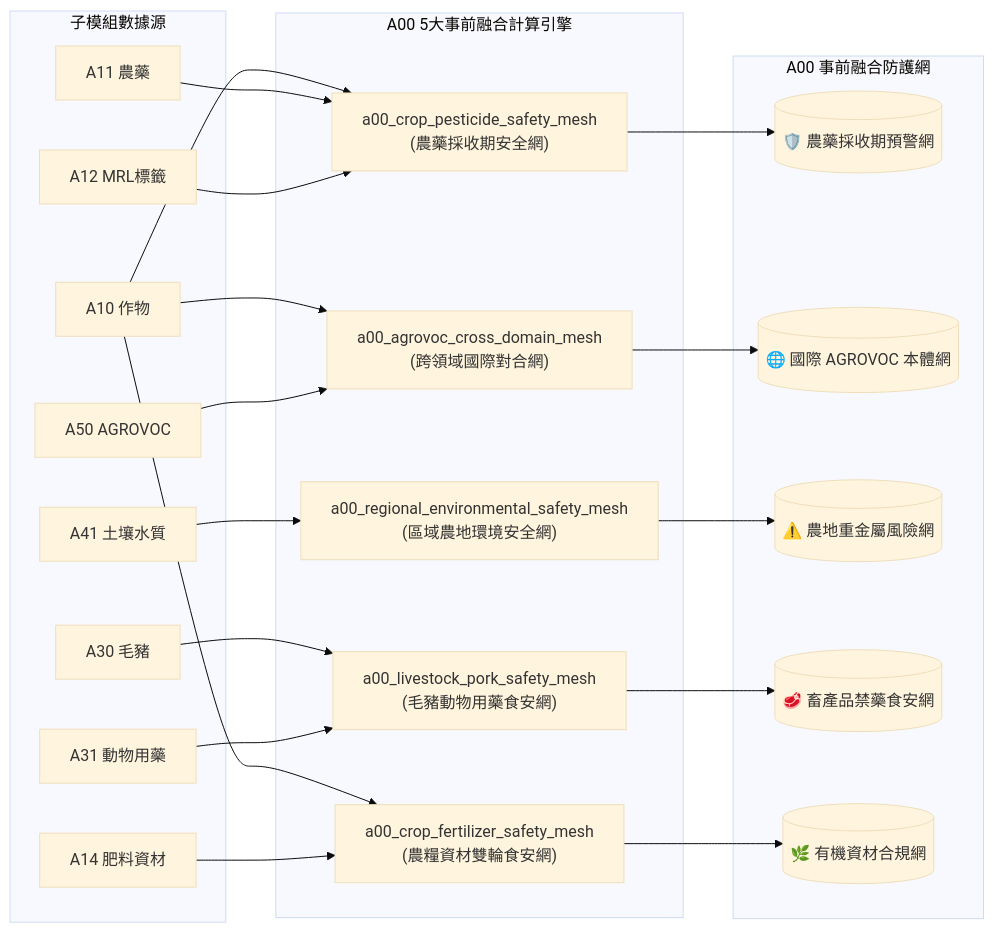
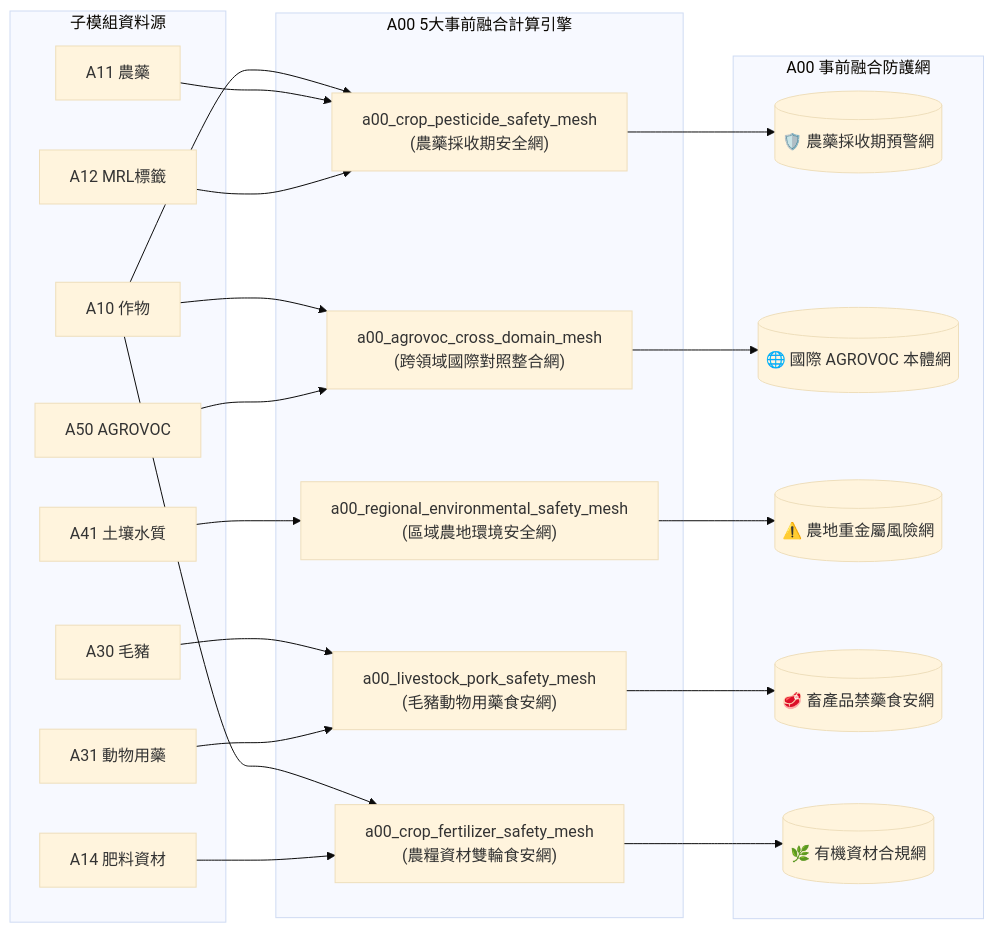
The third of 5 diagrams in book/02_architecture_and_models.md (wuulong/tw-agro-db), drawn with Mermaid (base theme) before and after one commit. The commit also changed other lines of this file and 34 other files, not shown here.

````diff
--- a/book/02_architecture_and_models.md
+++ b/book/02_architecture_and_models.md
@@ -107,35 +107,35 @@
 ```mermaid
 flowchart LR
-    subgraph Input["子模組數據源"]
+    subgraph Input["子模組資料源"]
         Crop["A10 作物"]
         Pest["A11 農藥"]
         MRL["A12 MRL標籤"]
         Fert["A14 肥料資材"]
         Pork["A30 毛豬"]
         Vet["A31 動物用藥"]
         Env["A41 土壤水質"]
         LOD["A50 AGROVOC"]
     end
 
     subgraph Engines["A00 5大事前融合計算引擎"]
         E1["a00_crop_pesticide_safety_mesh<br/>(農藥採收期安全網)"]
-        E2["a00_agrovoc_cross_domain_mesh<br/>(跨領域國際對合網)"]
+        E2["a00_agrovoc_cross_domain_mesh<br/>(跨領域國際對照整合網)"]
         E3["a00_regional_environmental_safety_mesh<br/>(區域農地環境安全網)"]
         E4["a00_livestock_pork_safety_mesh<br/>(毛豬動物用藥食安網)"]
         E5["a00_crop_fertilizer_safety_mesh<br/>(農糧資材雙輪食安網)"]
     end
 
     subgraph Output["A00 事前融合防護網"]
         M1[("🛡️ 農藥採收期預警網")]
         M2[("🌐 國際 AGROVOC 本體網")]
         M3[("⚠️ 農地重金屬風險網")]
         M4[("🥩 畜產品禁藥食安網")]
         M5[("🌿 有機資材合規網")]
     end
 
     Crop & Pest & MRL --> E1 --> M1
     Crop & LOD --> E2 --> M2
     Env --> E3 --> M3
     Pork & Vet --> E4 --> M4
     Crop & Fert --> E5 --> M5
 ```
````
